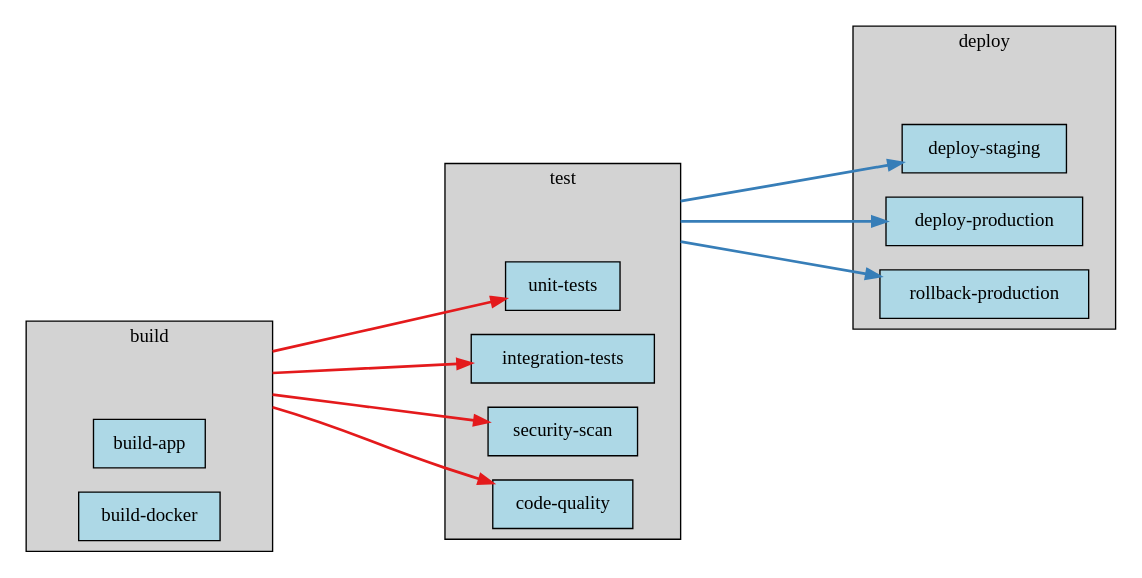
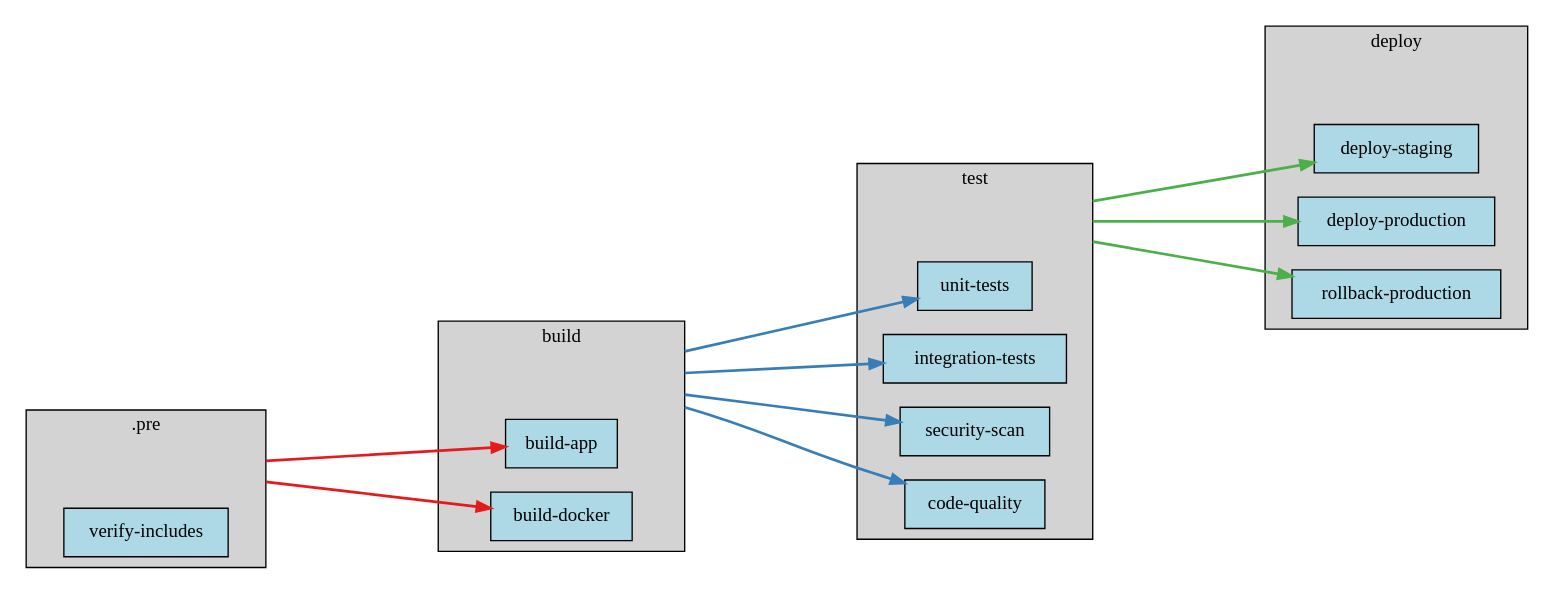
Before and after one commit to eisbaw/gitlab_local_ci: the diagram in test_ci_projects/proj11.output_reference/dag.dot, drawn with Graphviz. The commit also changed 61 other files, not shown here.

```diff
--- a/test_ci_projects/proj11.output_reference/dag.dot
+++ b/test_ci_projects/proj11.output_reference/dag.dot
@@ -1,50 +1,62 @@
 digraph pipeline {
   rankdir="LR";
   ranksep=2;
   compound=true;
   node [shape=box, style=filled, fillcolor=lightblue];
+
+  subgraph cluster__pre {
+    label=".pre";
+    style=filled;
+    fillcolor=lightgrey;
+
+    __stage_anchor__pre [style=invis, width=0, height=0];
+
+    verify_includes [label="verify-includes", tooltip="---\nstage: \".pre\"\nscript:\n- echo \"Verifying CI configuration includes...\"\n- 'echo \"Main config: .gitlab-ci.yml\"'\n- 'echo \"Included: .gitlab/ci/build.yml\"'\n- 'echo \"Included: .gitlab/ci/test.yml\"'\n- 'echo \"Included: .gitlab/ci/deploy.yml\"'\n- echo \"All includes loaded successfully\"\nretry:\n  max: 2\n  when:\n  - runner_system_failure\n  - stuck_or_timeout_failure\n"];
+  }
 
   subgraph cluster_build {
     label="build";
     style=filled;
     fillcolor=lightgrey;
 
     __stage_anchor_build [style=invis, width=0, height=0];
 
     build_app [label="build-app", tooltip="---\nstage: build\nbefore_script:\n- echo \"Preparing build environment...\"\nartifacts:\n  paths:\n  - build/\n  expire_in: 1 hour\nscript:\n- echo \"Building application with overrides...\"\n- 'echo \"Build type: ${BUILD_TYPE}\"'\n- mkdir -p build\n- echo \"app-v${VERSION}-optimized\" > build/app.txt\n- echo \"Build completed with custom configuration\"\nvariables:\n  BUILD_TYPE: optimized\nafter_script:\n- echo \"Custom post-build step\"\n- ls -la build/\nretry:\n  max: 2\n  when:\n  - runner_system_failure\n  - stuck_or_timeout_failure\n"];
     build_docker [label="build-docker", tooltip="---\nstage: build\nbefore_script:\n- echo \"Preparing build environment...\"\nartifacts:\n  paths:\n  - build/\n  expire_in: 1 hour\nscript:\n- echo \"Building Docker image...\"\n- mkdir -p build\n- echo \"docker-image:latest\" > build/docker.txt\n- echo \"Docker build completed\"\nonly:\n- main\n- develop\nretry:\n  max: 2\n  when:\n  - runner_system_failure\n  - stuck_or_timeout_failure\n"];
   }
 
   subgraph cluster_test {
     label="test";
     style=filled;
     fillcolor=lightgrey;
 
     __stage_anchor_test [style=invis, width=0, height=0];
 
     unit_tests [label="unit-tests", tooltip="---\nstage: test\nbefore_script:\n- echo \"Setting up test environment...\"\nscript:\n- echo \"Running unit tests...\"\n- 'echo \"Test suite: Unit Tests\"'\n- 'echo \"Tests passed: 150/150\"'\n- 'echo \"Coverage: 85%\"'\ndependencies:\n- build-app\nretry:\n  max: 2\n  when:\n  - runner_system_failure\n  - stuck_or_timeout_failure\n"];
     integration_tests [label="integration-tests", tooltip="---\nstage: test\nbefore_script:\n- echo \"Setting up test environment...\"\nscript:\n- echo \"Running integration tests (with override)...\"\n- 'echo \"Test suite: Integration Tests (Extended)\"'\n- echo \"Running additional smoke tests...\"\n- 'echo \"Tests passed: 50/50\"'\n- echo \"All integration tests passed\"\ndependencies:\n- build-app\nallow_failure: true\nretry:\n  max: 2\n  when:\n  - runner_system_failure\n  - stuck_or_timeout_failure\n"];
     security_scan [label="security-scan", tooltip="---\nstage: test\nbefore_script:\n- echo \"Setting up test environment...\"\nscript:\n- echo \"Running security scan...\"\n- echo \"Scanning for vulnerabilities...\"\n- echo \"No critical vulnerabilities found\"\nallow_failure: true\nretry:\n  max: 2\n  when:\n  - runner_system_failure\n  - stuck_or_timeout_failure\n"];
     code_quality [label="code-quality", tooltip="---\nstage: test\nscript:\n- echo \"Running code quality checks...\"\n- echo \"Analyzing code style...\"\n- echo \"Checking for code smells...\"\n- 'echo \"Quality score: A+\"'\ndependencies:\n- build-app\nallow_failure: true\nretry:\n  max: 2\n  when:\n  - runner_system_failure\n  - stuck_or_timeout_failure\n"];
   }
 
   subgraph cluster_deploy {
     label="deploy";
     style=filled;
     fillcolor=lightgrey;
 
     __stage_anchor_deploy [style=invis, width=0, height=0];
 
     deploy_staging [label="deploy-staging", tooltip="---\nstage: deploy\nbefore_script:\n- echo \"Preparing deployment...\"\nwhen: manual\nonly:\n- develop\nscript:\n- echo \"Deploying to staging environment...\"\n- 'echo \"Target: staging.example.com\"'\n- echo \"Deployment completed\"\nenvironment:\n  name: staging\n  url: https://staging.example.com\nretry:\n  max: 2\n  when:\n  - runner_system_failure\n  - stuck_or_timeout_failure\n"];
     deploy_production [label="deploy-production", tooltip="---\nstage: deploy\nbefore_script:\n- echo \"Preparing production deployment with extra checks...\"\n- echo \"Verifying all tests passed...\"\n- echo \"Checking deployment prerequisites...\"\nwhen: manual\nonly:\n- main\nscript:\n- echo \"Deploying to production environment (verified)...\"\n- 'echo \"Target: www.example.com\"'\n- echo \"Running pre-deployment health checks...\"\n- echo \"Production deployment completed successfully\"\nenvironment:\n  name: production\n  url: https://www.example.com\nafter_script:\n- echo \"Running post-deployment verification...\"\n- echo \"Sending deployment notification...\"\nretry:\n  max: 2\n  when:\n  - runner_system_failure\n  - stuck_or_timeout_failure\n"];
     rollback_production [label="rollback-production", tooltip="---\nstage: deploy\nscript:\n- echo \"Rolling back production deployment...\"\n- echo \"Restoring previous version...\"\n- echo \"Rollback completed\"\nenvironment:\n  name: production\n  action: rollback\nwhen: manual\nonly:\n- main\nretry:\n  max: 2\n  when:\n  - runner_system_failure\n  - stuck_or_timeout_failure\n"];
   }
 
-  __stage_anchor_build -> unit_tests [ltail=cluster_build, style=bold, color="#E41A1C"];
-  __stage_anchor_build -> integration_tests [ltail=cluster_build, style=bold, color="#E41A1C"];
-  __stage_anchor_build -> security_scan [ltail=cluster_build, style=bold, color="#E41A1C"];
-  __stage_anchor_test -> deploy_staging [ltail=cluster_test, style=bold, color="#377EB8"];
-  __stage_anchor_test -> deploy_production [ltail=cluster_test, style=bold, color="#377EB8"];
-  __stage_anchor_test -> rollback_production [ltail=cluster_test, style=bold, color="#377EB8"];
-  __stage_anchor_build -> code_quality [ltail=cluster_build, style=bold, color="#E41A1C"];
+  __stage_anchor__pre -> build_app [ltail=cluster__pre, style=bold, color="#E41A1C"];
+  __stage_anchor__pre -> build_docker [ltail=cluster__pre, style=bold, color="#E41A1C"];
+  __stage_anchor_build -> unit_tests [ltail=cluster_build, style=bold, color="#377EB8"];
+  __stage_anchor_build -> integration_tests [ltail=cluster_build, style=bold, color="#377EB8"];
+  __stage_anchor_build -> security_scan [ltail=cluster_build, style=bold, color="#377EB8"];
+  __stage_anchor_test -> deploy_staging [ltail=cluster_test, style=bold, color="#4DAF4A"];
+  __stage_anchor_test -> deploy_production [ltail=cluster_test, style=bold, color="#4DAF4A"];
+  __stage_anchor_test -> rollback_production [ltail=cluster_test, style=bold, color="#4DAF4A"];
+  __stage_anchor_build -> code_quality [ltail=cluster_build, style=bold, color="#377EB8"];
 }
```
